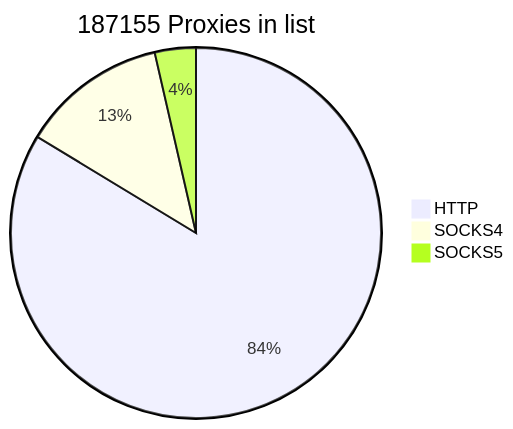
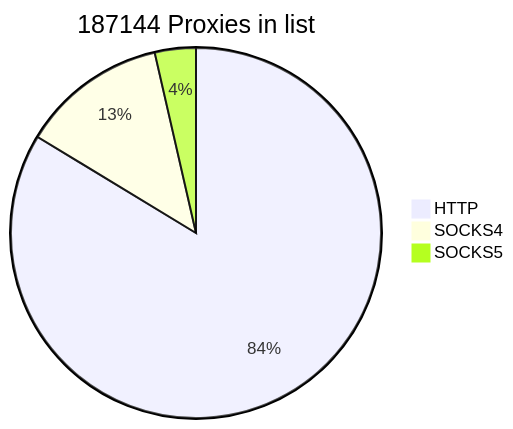
Before and after one commit to cutipu/proxylist: the first of 2 diagrams in README.md, drawn with Mermaid. The commit also changed other lines of this file, not shown here.

````diff
--- a/README.md
+++ b/README.md
@@ -2,7 +2,7 @@
 ```mermaid
-pie title 187155 Proxies in list
+pie title 187144 Proxies in list
     "HTTP" : 156602
-    "SOCKS4" : 23849
-    "SOCKS5" : 6704
+    "SOCKS4" : 23839
+    "SOCKS5" : 6703
             
 ```
````
